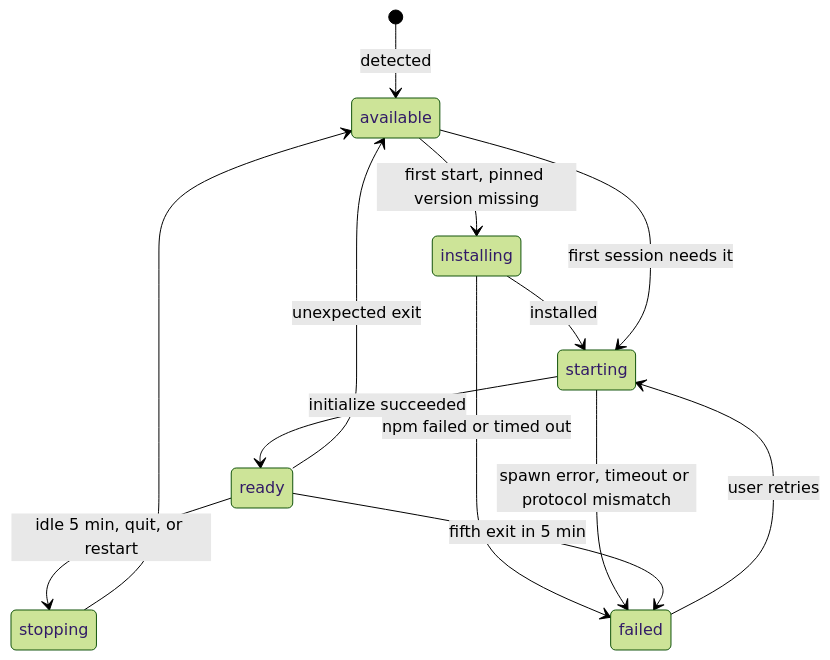
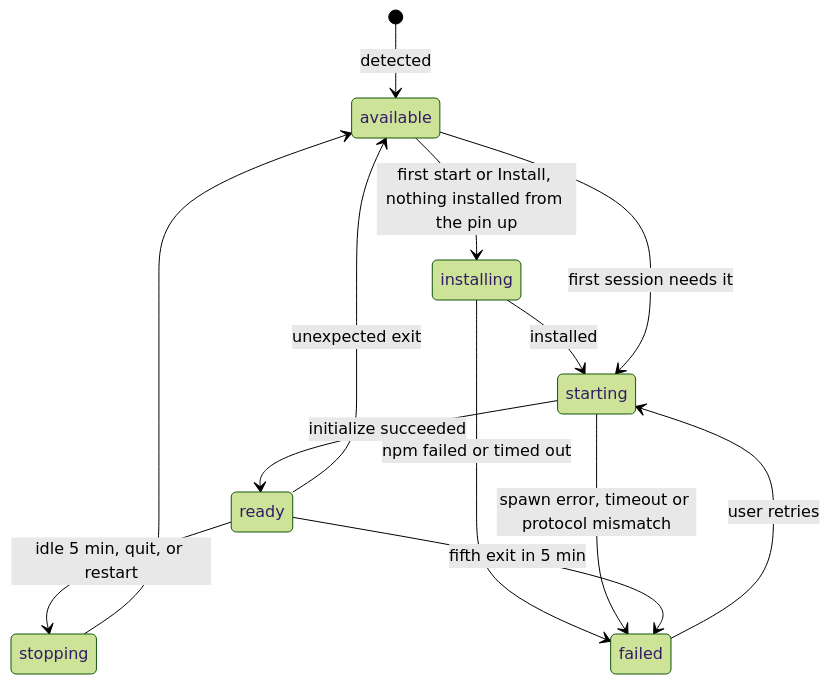
Before and after one commit to KettuAI/Kettu: the diagram in docs/design/agent-host.md, drawn with Mermaid (forest theme). The commit also changed other lines of this file and 24 other files, not shown here.

````diff
--- a/docs/design/agent-host.md
+++ b/docs/design/agent-host.md
@@ -166,15 +204,15 @@
 ```mermaid
 stateDiagram-v2
   [*] --> available: detected
-  available --> installing: first start, pinned version missing
+  available --> installing: first start or Install, nothing installed from the pin up
   installing --> starting: installed
   installing --> failed: npm failed or timed out
   available --> starting: first session needs it
   starting --> ready: initialize succeeded
   starting --> failed: spawn error, timeout or protocol mismatch
   ready --> stopping: idle 5 min, quit, or restart
   ready --> available: unexpected exit
   ready --> failed: fifth exit in 5 min
   stopping --> available
   failed --> starting: user retries
 ```
````
